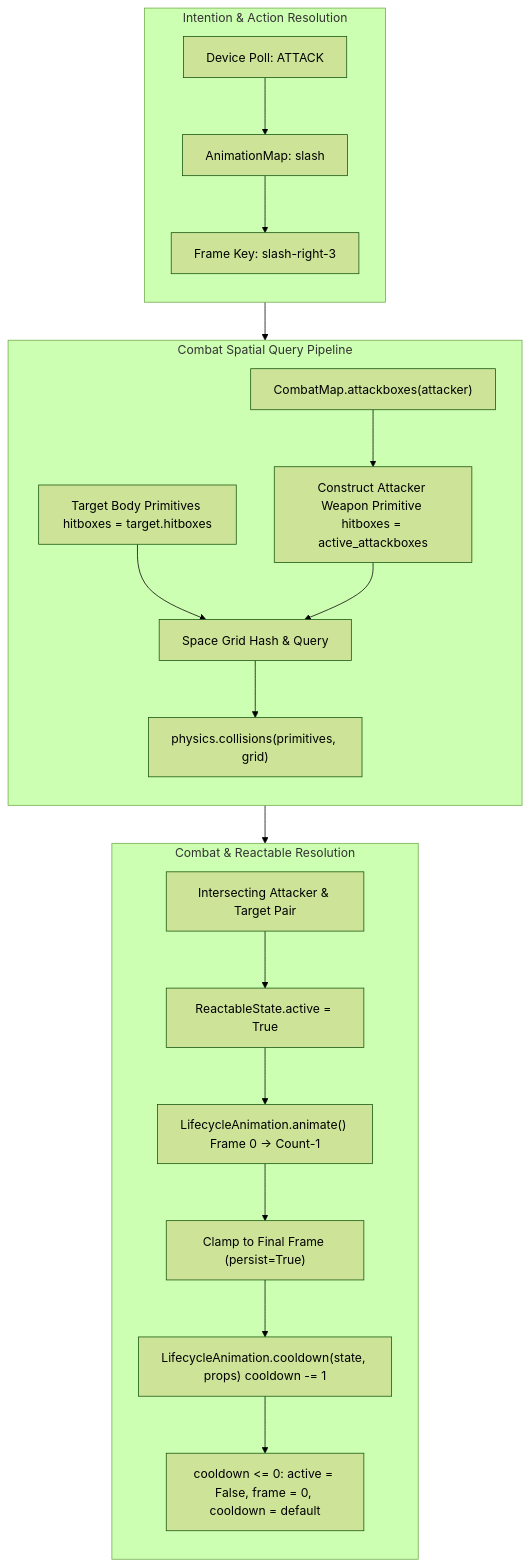
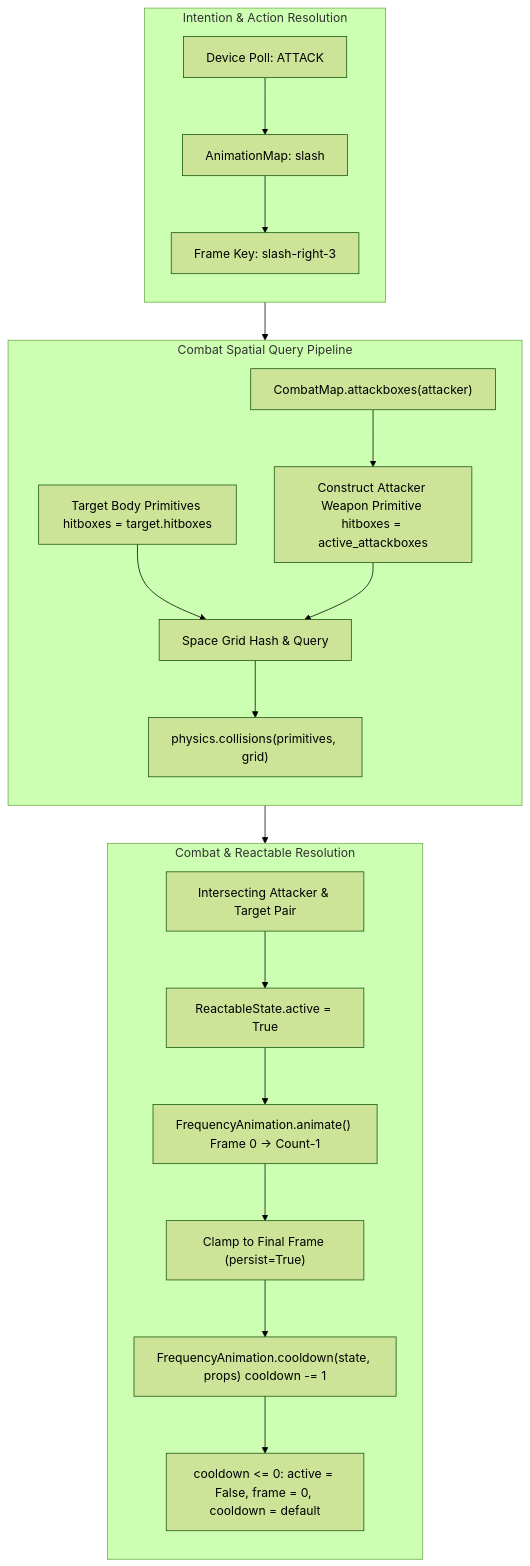
The second of 2 diagrams in .prompts/board/phases/refactor/refactor-02-06.md (chinchalinchin/ontology), drawn with Mermaid (forest theme) before and after one commit. The commit also changed other lines of this file and 66 other files, not shown here.

````diff
--- a/.prompts/board/phases/refactor/refactor-02-06.md
+++ b/.prompts/board/phases/refactor/refactor-02-06.md
@@ -1004,27 +1004,27 @@
 ```mermaid
 flowchart TD
     subgraph Input ["Intention & Action Resolution"]
       direction TB
         PlayerInput["Device Poll: ATTACK"] --> ActionMap["AnimationMap: slash"]
         ActionMap --> ActiveFrame["Frame Key: slash-right-3"]
     end
 
     subgraph Spatial ["Combat Spatial Query Pipeline"]
       direction TB
         ActiveFrame --> AttackboxLookup["CombatMap.attackboxes(attacker)"]
         AttackboxLookup --> ExtentPrimitive["Construct Attacker Weapon Primitive hitboxes = active_attackboxes"]
         TargetHitboxes["Target Body Primitives hitboxes = target.hitboxes"] --> SpatialGrid["Space Grid Hash & Query"]
         ExtentPrimitive --> SpatialGrid
         SpatialGrid --> CythonNarrow["physics.collisions(primitives, grid)"]
     end
 
     subgraph Resolution ["Combat & Reactable Resolution"]
       direction TB
         CythonNarrow --> ConfirmedPair["Intersecting Attacker & Target Pair"]
         ConfirmedPair --> ReactableTrigger["ReactableState.active = True"]
-        ReactableTrigger --> AnimTick["LifecycleAnimation.animate() Frame 0 -> Count-1"]
+        ReactableTrigger --> AnimTick["FrequencyAnimation.animate() Frame 0 -> Count-1"]
         AnimTick --> Clamp["Clamp to Final Frame (persist=True)"]
-        Clamp --> CooldownStep["LifecycleAnimation.cooldown(state, props) cooldown -= 1"]
+        Clamp --> CooldownStep["FrequencyAnimation.cooldown(state, props) cooldown -= 1"]
         CooldownStep --> Reset["cooldown <= 0: active = False, frame = 0, cooldown = default"]
     end
 ```
````
